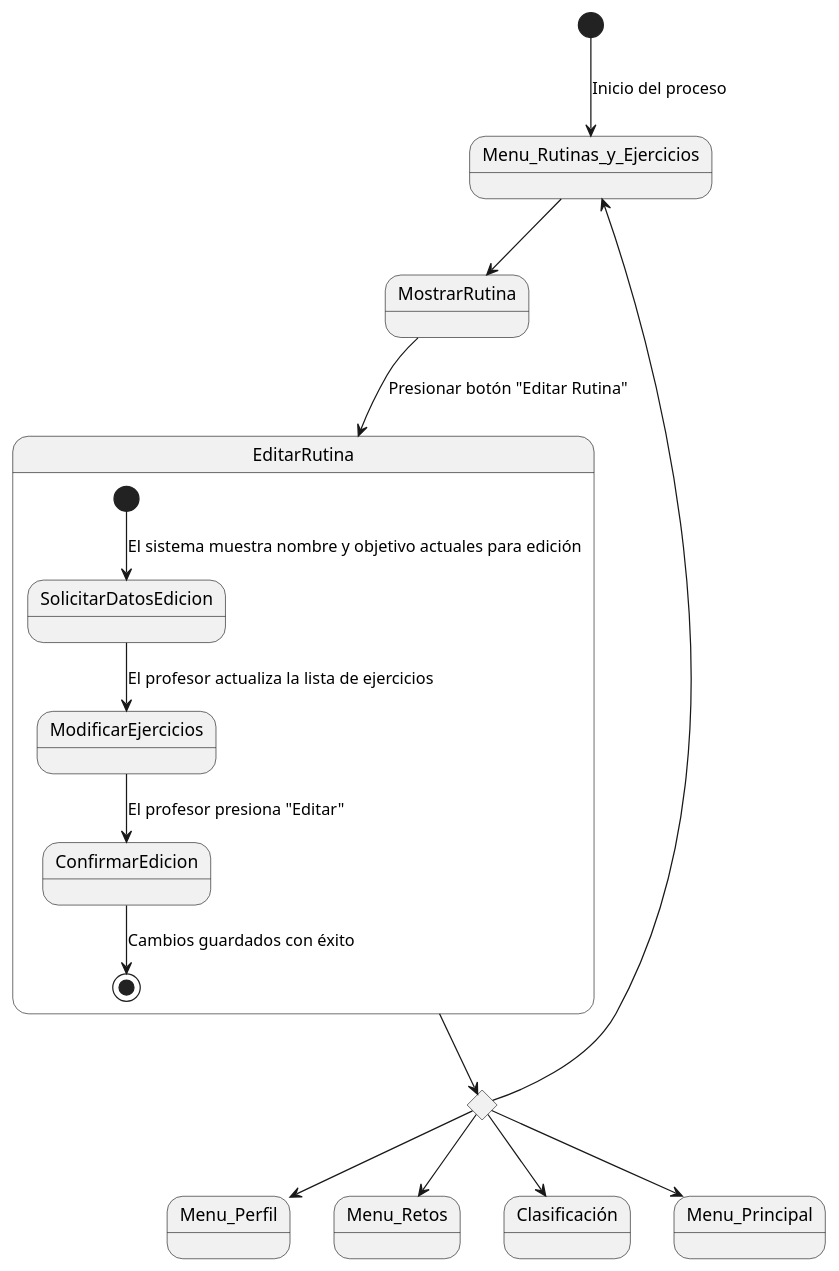
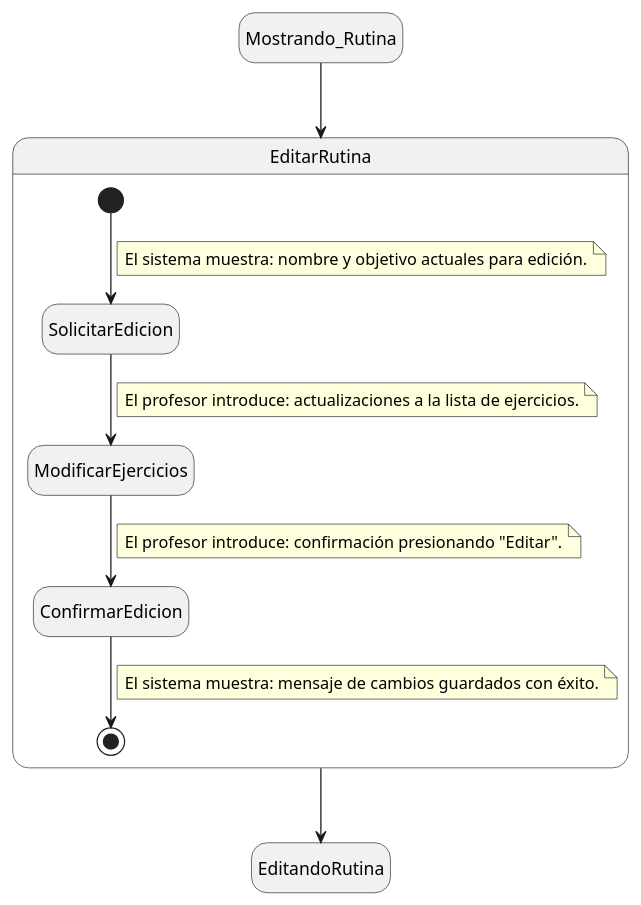
Before and after one commit to mmasias/24-25-IdSw1-SDR: the diagram in Documentos/DetallarCasosDeUso/Profesor/EditarRutina.puml, drawn with PlantUML. The commit also changed 1 other file, not shown here.

Commit message:
Editar Rutina

```diff
--- a/Documentos/DetallarCasosDeUso/Profesor/EditarRutina.puml
+++ b/Documentos/DetallarCasosDeUso/Profesor/EditarRutina.puml
@@ -1,20 +1,33 @@
-@startuml
-[*] --> Menu_Rutinas_y_Ejercicios : Inicio del proceso
-state rombo <<choice>>
-rombo --> Menu_Perfil
-rombo --> Menu_Retos
-rombo --> Clasificación
-rombo --> Menu_Rutinas_y_Ejercicios
-rombo --> Menu_Principal
+@startuml EditarRutina
 
-Menu_Rutinas_y_Ejercicios --> MostrarRutina
-MostrarRutina --> EditarRutina : Presionar botón "Editar Rutina"
-EditarRutina --> rombo
+hide empty description
+
+state Mostrando_Rutina
+state EditandoRutina
 
 state EditarRutina {
-  [*] --> SolicitarDatosEdicion : El sistema muestra nombre y objetivo actuales para edición
-  SolicitarDatosEdicion --> ModificarEjercicios : El profesor actualiza la lista de ejercicios
-  ModificarEjercicios --> ConfirmarEdicion : El profesor presiona "Editar"
-  ConfirmarEdicion --> [*] : Cambios guardados con éxito
+  [*] --> SolicitarEdicion
+  note on link
+      El sistema muestra: nombre y objetivo actuales para edición.
+  end note
+
+  SolicitarEdicion --> ModificarEjercicios
+  note on link
+      El profesor introduce: actualizaciones a la lista de ejercicios.
+  end note
+
+  ModificarEjercicios --> ConfirmarEdicion
+  note on link
+      El profesor introduce: confirmación presionando "Editar".
+  end note
+
+  ConfirmarEdicion --> [*]
+  note on link
+      El sistema muestra: mensaje de cambios guardados con éxito.
+  end note
 }
+
+Mostrando_Rutina --> EditarRutina
+EditarRutina --> EditandoRutina
+
 @enduml
```
